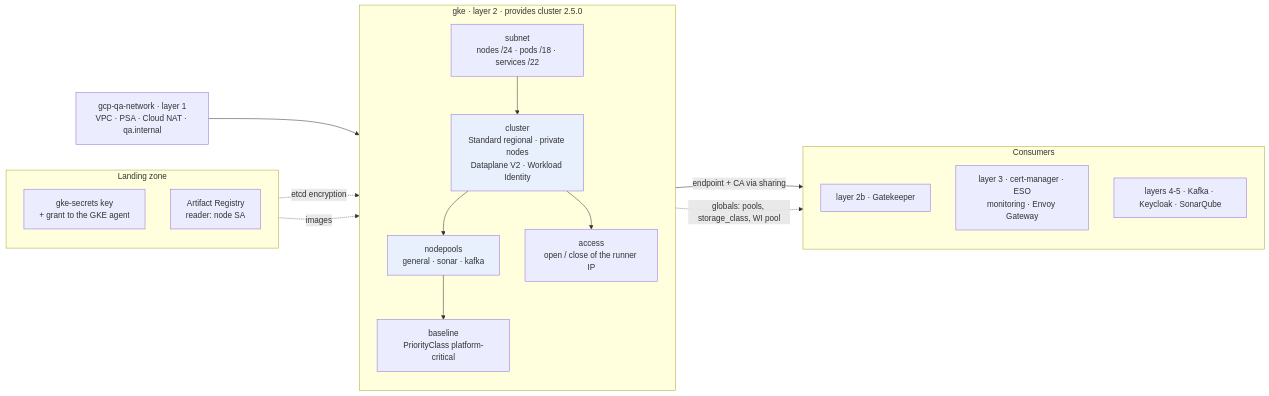
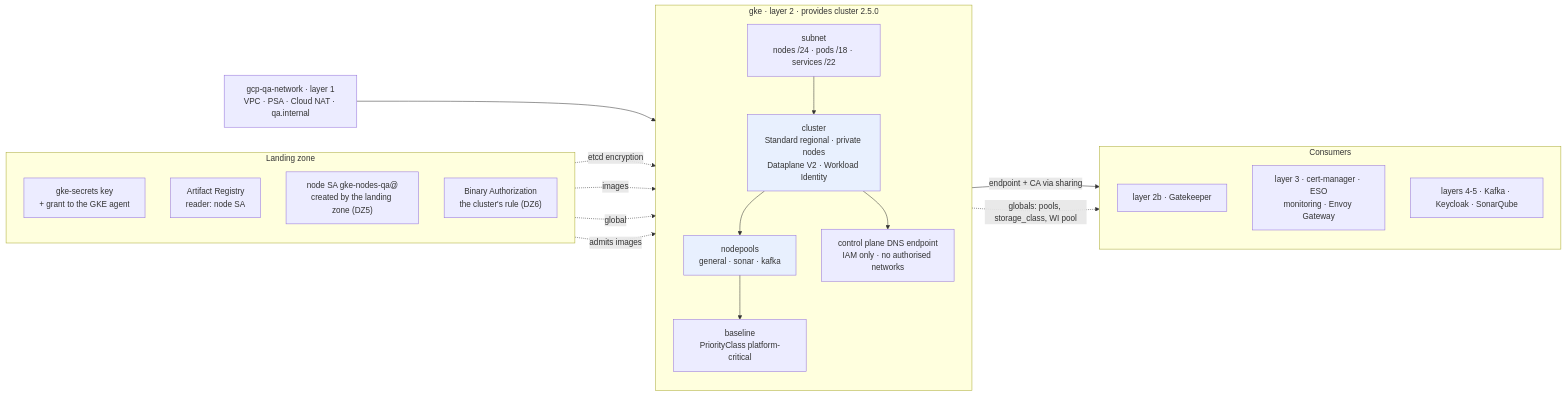
The diagram in docs/en/proposals/gke-qa/diagrams/01-contexto.mmd (aescanero/proposal_documents), drawn with Mermaid before and after one commit. The commit also changed 50 other files, not shown here.

```diff
--- a/docs/en/proposals/gke-qa/diagrams/01-contexto.mmd
+++ b/docs/en/proposals/gke-qa/diagrams/01-contexto.mmd
@@ -1,31 +1,35 @@
 flowchart LR
     subgraph LZ["Landing zone"]
         direction TB
         KMS["gke-secrets key<br/>+ grant to the GKE agent"]
         AR["Artifact Registry<br/>reader: node SA"]
+        SAN["node SA gke-nodes-qa@<br/>created by the landing zone (DZ5)"]
+        BA["Binary Authorization<br/>the cluster's rule (DZ6)"]
     end
     NET["gcp-qa-network · layer 1<br/>VPC · PSA · Cloud NAT · qa.internal"]
     subgraph GKE["gke · layer 2 · provides cluster 2.5.0"]
         direction TB
         SUB["subnet<br/>nodes /24 · pods /18 · services /22"]
         CL["cluster<br/>Standard regional · private nodes<br/>Dataplane V2 · Workload Identity"]
         NP["nodepools<br/>general · sonar · kafka"]
-        ACC["access<br/>open / close of the runner IP"]
+        ACC["control plane DNS endpoint<br/>IAM only · no authorised networks"]
         BL["baseline<br/>PriorityClass platform-critical"]
     end
     subgraph CONS["Consumers"]
         direction TB
         L2B["layer 2b · Gatekeeper"]
         L3["layer 3 · cert-manager · ESO<br/>monitoring · Envoy Gateway"]
         L45["layers 4-5 · Kafka · Keycloak · SonarQube"]
     end
     NET --> SUB --> CL
     CL --> NP --> BL
     CL --> ACC
     KMS -. "etcd encryption" .-> CL
     AR -. "images" .-> NP
+    SAN -. "global" .-> CL
+    BA -. "admits images" .-> CL
     CL -- "endpoint + CA via sharing" --> CONS
     NP -. "globals: pools, storage_class, WI pool" .-> CONS
 
     style CL fill:#e8f0fe
     style NP fill:#e8f0fe
```
